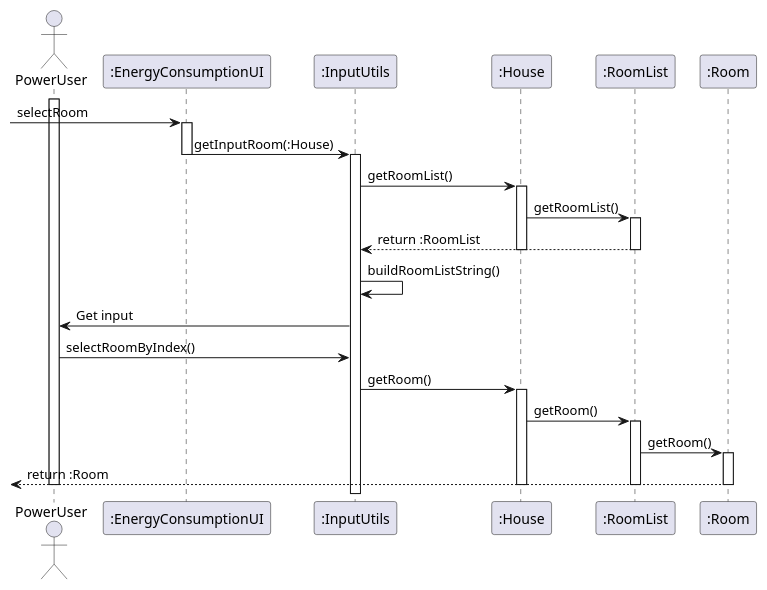
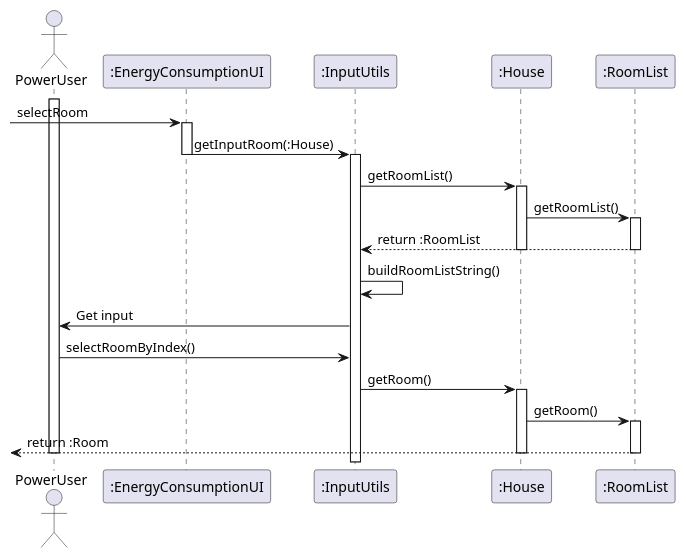
One commit to Almadanmp/project changed the diagram in uml/US720/selectRoom.puml. Above: the diagram before and after it, drawn with PlantUML. The commit also changed 4 other files, not shown here.

Commit message:
REF #97 US720 UML done

```diff
--- a/uml/US720/selectRoom.puml
+++ b/uml/US720/selectRoom.puml
@@ -1,32 +1,29 @@
 @startuml
 
 actor PowerUser
 
 activate PowerUser
 -> ":EnergyConsumptionUI": selectRoom
 activate ":EnergyConsumptionUI"
 ":EnergyConsumptionUI" -> ":InputUtils": getInputRoom(:House)
 deactivate ":EnergyConsumptionUI"
 activate ":InputUtils"
 ":InputUtils" -> ":House": getRoomList()
 activate ":House"
 ":House" -> ":RoomList": getRoomList()
 activate ":RoomList"
 ":RoomList" --> ":InputUtils": return :RoomList
 deactivate ":RoomList"
 deactivate ":House"
 ":InputUtils" -> ":InputUtils": buildRoomListString()
 ":InputUtils" -> PowerUser: Get input
 PowerUser -> ":InputUtils": selectRoomByIndex()
 ":InputUtils" -> ":House": getRoom()
 activate ":House"
 ":House" -> ":RoomList": getRoom()
 activate ":RoomList"
-":RoomList" -> ":Room":getRoom()
-activate ":Room"
-<-- ":Room": return :Room
+<-- ":RoomList": return :Room
 deactivate ":RoomList"
 deactivate ":House"
-deactivate ":Room"
 deactivate PowerUser
 @enduml
```
